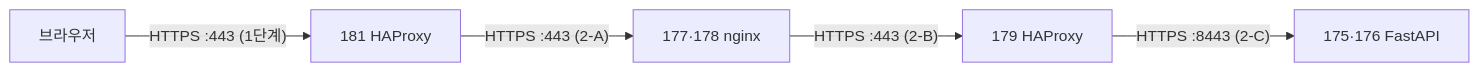
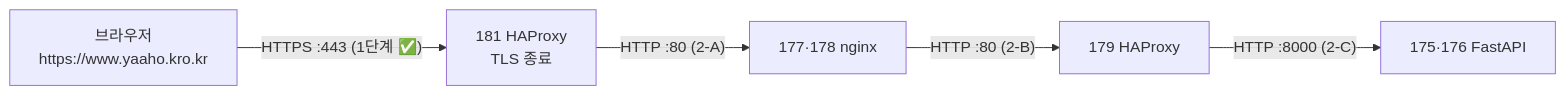
One commit to encore-ai-campus/mlo-03-p1-team2 changed the second of 2 diagrams in docs/FrontToBackSetting.md. Above: the diagram before and after it, drawn with Mermaid. The commit also changed other lines of this file, not shown here.

````diff
--- a/docs/FrontToBackSetting.md
+++ b/docs/FrontToBackSetting.md
@@ -389,7 +389,7 @@
 ```mermaid
 flowchart LR
-    U["브라우저"] -->|"HTTPS :443 (1단계)"| FH["181 HAProxy"]
-    FH -->|"HTTPS :443 (2-A)"| N["177·178 nginx"]
-    N -->|"HTTPS :443 (2-B)"| BH["179 HAProxy"]
-    BH -->|"HTTPS :8443 (2-C)"| F["175·176 FastAPI"]
+    U["브라우저<br/>https://www.yaaho.kro.kr"] -->|"HTTPS :443 (1단계 ✅)"| FH["181 HAProxy<br/>TLS 종료"]
+    FH -->|"HTTP :80 (2-A)"| N["177·178 nginx"]
+    N -->|"HTTP :80 (2-B)"| BH["179 HAProxy"]
+    BH -->|"HTTP :8000 (2-C)"| F["175·176 FastAPI"]
 ```
````
